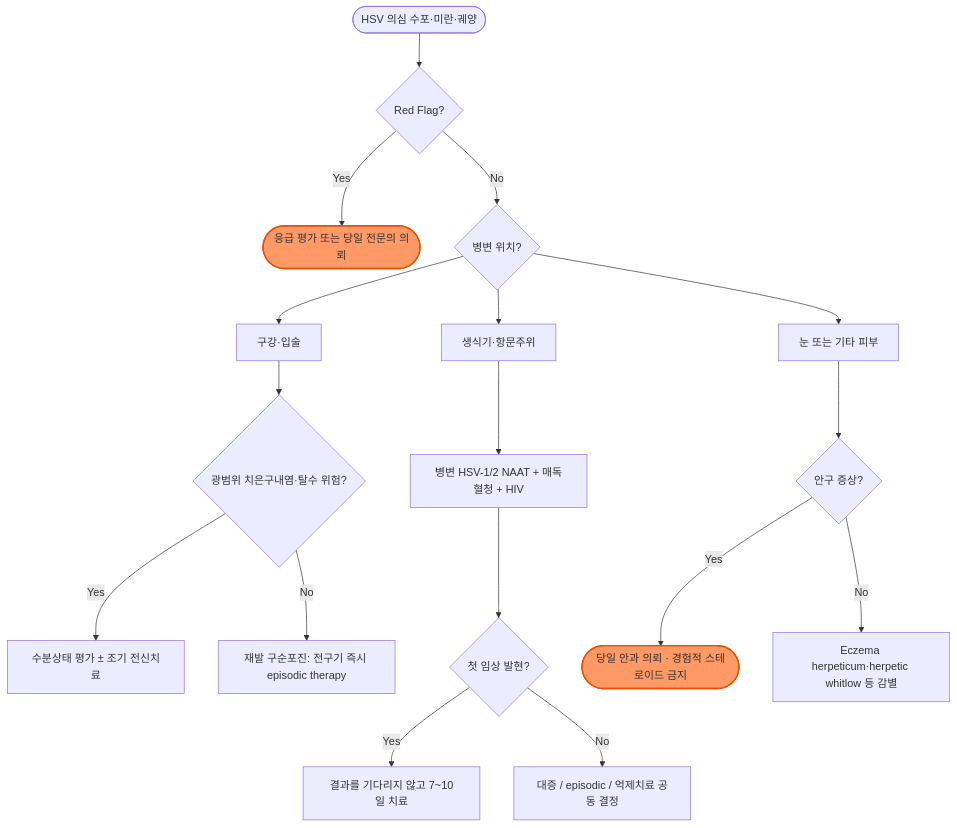
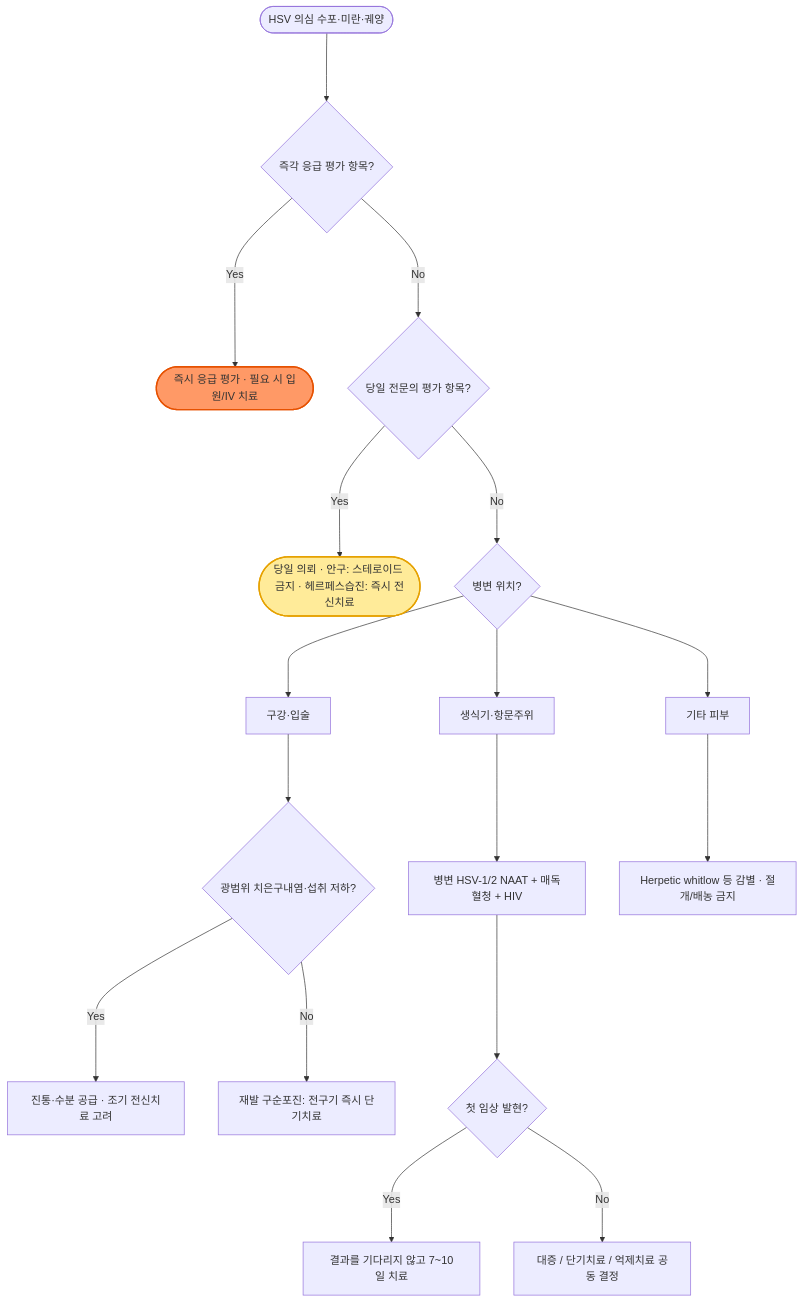
Before and after one commit to familyoh77/familyoh77: the diagram in 229_/181_-herpes-simplex.md, drawn with Mermaid. The commit also changed other lines of this file and 6 other files, not shown here.

````diff
--- a/229_/181_-herpes-simplex.md
+++ b/229_/181_-herpes-simplex.md
@@ -161,21 +168,21 @@
 ```mermaid
 flowchart TD
-    A(["HSV 의심 수포·미란·궤양"]) --> B{"Red Flag?"}
-    B -->|Yes| C(["응급 평가 또는 당일 전문의 의뢰"])
-    B -->|No| D{"병변 위치?"}
-    D --> E["구강·입술"]
-    D --> F["생식기·항문주위"]
-    D --> G["눈 또는 기타 피부"]
-    E --> H{"광범위 치은구내염·탈수 위험?"}
-    H -->|Yes| I["수분상태 평가 ± 조기 전신치료"]
-    H -->|No| J["재발 구순포진: 전구기 즉시 episodic therapy"]
-    F --> K["병변 HSV-1/2 NAAT + 매독혈청 + HIV"]
-    K --> L{"첫 임상 발현?"}
-    L -->|Yes| M["결과를 기다리지 않고 7~10일 치료"]
-    L -->|No| N["대증 / episodic / 억제치료 공동 결정"]
-    G --> O{"안구 증상?"}
-    O -->|Yes| P(["당일 안과 의뢰 · 경험적 스테로이드 금지"])
-    O -->|No| Q["Eczema herpeticum·herpetic whitlow 등 감별"]
+    A(["HSV 의심 수포·미란·궤양"]) ---> B{"즉각 응급 평가 항목?"}
+    B --->|Yes| C(["즉시 응급 평가 · 필요 시 입원/IV 치료"])
+    B --->|No| R{"당일 전문의 평가 항목?"}
+    R --->|Yes| S(["당일 의뢰 · 안구: 스테로이드 금지 · 헤르페스습진: 즉시 전신치료"])
+    R --->|No| D{"병변 위치?"}
+    D ---> E["구강·입술"]
+    D ---> F["생식기·항문주위"]
+    D ---> G["기타 피부"]
+    E ---> H{"광범위 치은구내염·섭취 저하?"}
+    H --->|Yes| I["진통·수분 공급 · 조기 전신치료 고려"]
+    H --->|No| J["재발 구순포진: 전구기 즉시 단기치료"]
+    F ---> K["병변 HSV-1/2 NAAT + 매독혈청 + HIV"]
+    K ---> L{"첫 임상 발현?"}
+    L --->|Yes| M["결과를 기다리지 않고 7~10일 치료"]
+    L --->|No| N["대증 / 단기치료 / 억제치료 공동 결정"]
+    G ---> Q["Herpetic whitlow 등 감별 · 절개/배농 금지"]
     style C fill:#f96,stroke:#e65100,stroke-width:2px
-    style P fill:#f96,stroke:#e65100,stroke-width:2px
+    style S fill:#ffeb99,stroke:#e6a100,stroke-width:2px
 ```
````
